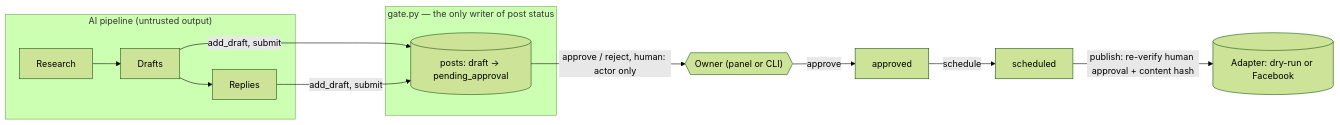
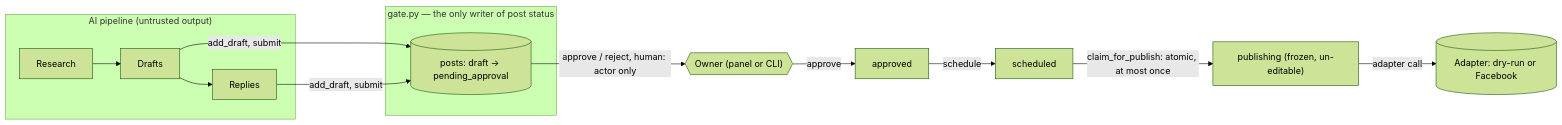
The diagram in README.md (RG-automations/orkiestrator), drawn with Mermaid (forest theme) before and after one commit. The commit also changed other lines of this file and 3 other files, not shown here.

````diff
--- a/README.md
+++ b/README.md
@@ -27,15 +27,16 @@
 ```mermaid
 flowchart LR
     subgraph agent["AI pipeline (untrusted output)"]
         R[Research] --> C[Drafts] --> Y[Replies]
     end
     C -->|add_draft, submit| G
     Y -->|add_draft, submit| G
     subgraph gate["gate.py — the only writer of post status"]
         G[(posts: draft → pending_approval)]
     end
     G -->|approve / reject, human: actor only| H{{"Owner (panel or CLI)"}}
     H -->|approve| A[approved]
     A -->|schedule| S[scheduled]
-    S -->|publish: re-verify human approval + content hash| P[(Adapter: dry-run or Facebook)]
+    S -->|"claim_for_publish: atomic, at most once"| X["publishing (frozen, un-editable)"]
+    X -->|adapter call| P[(Adapter: dry-run or Facebook)]
 ```
````
